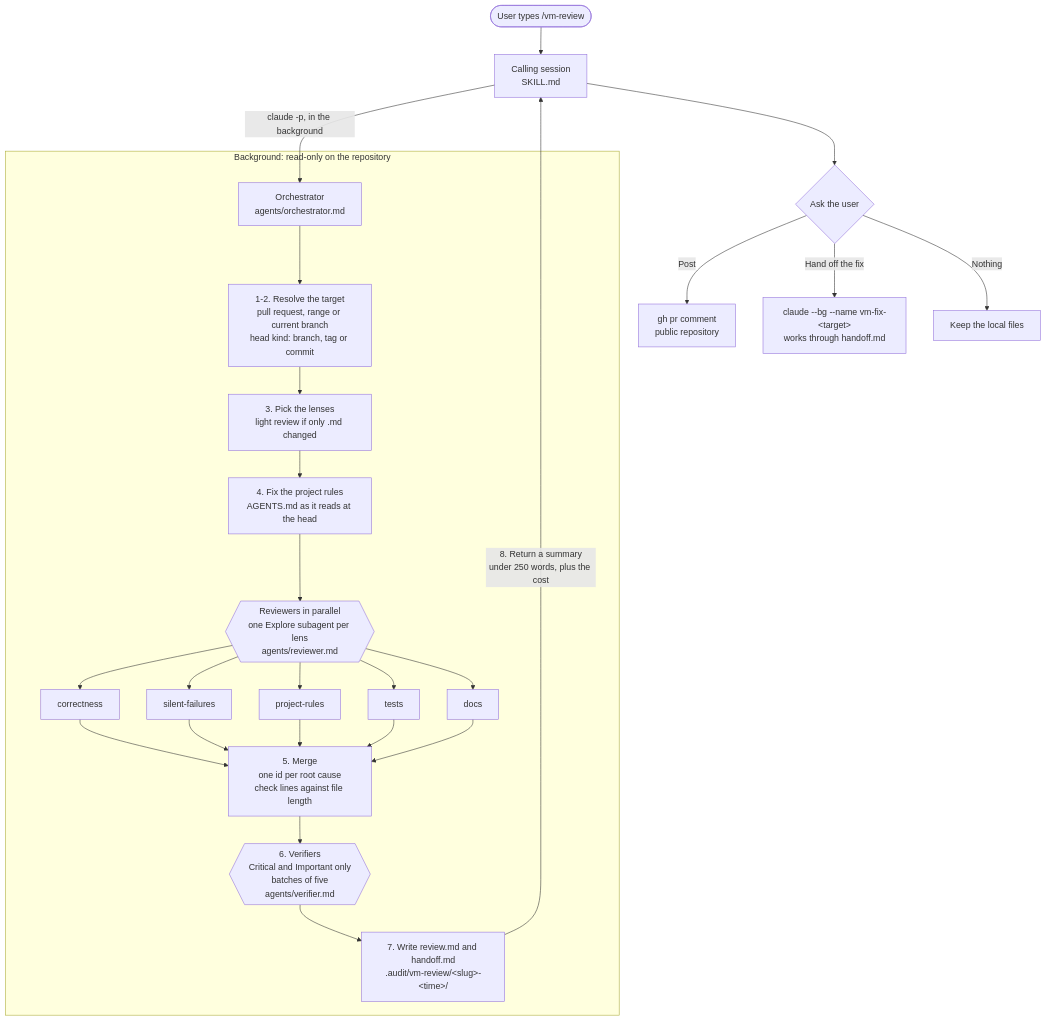
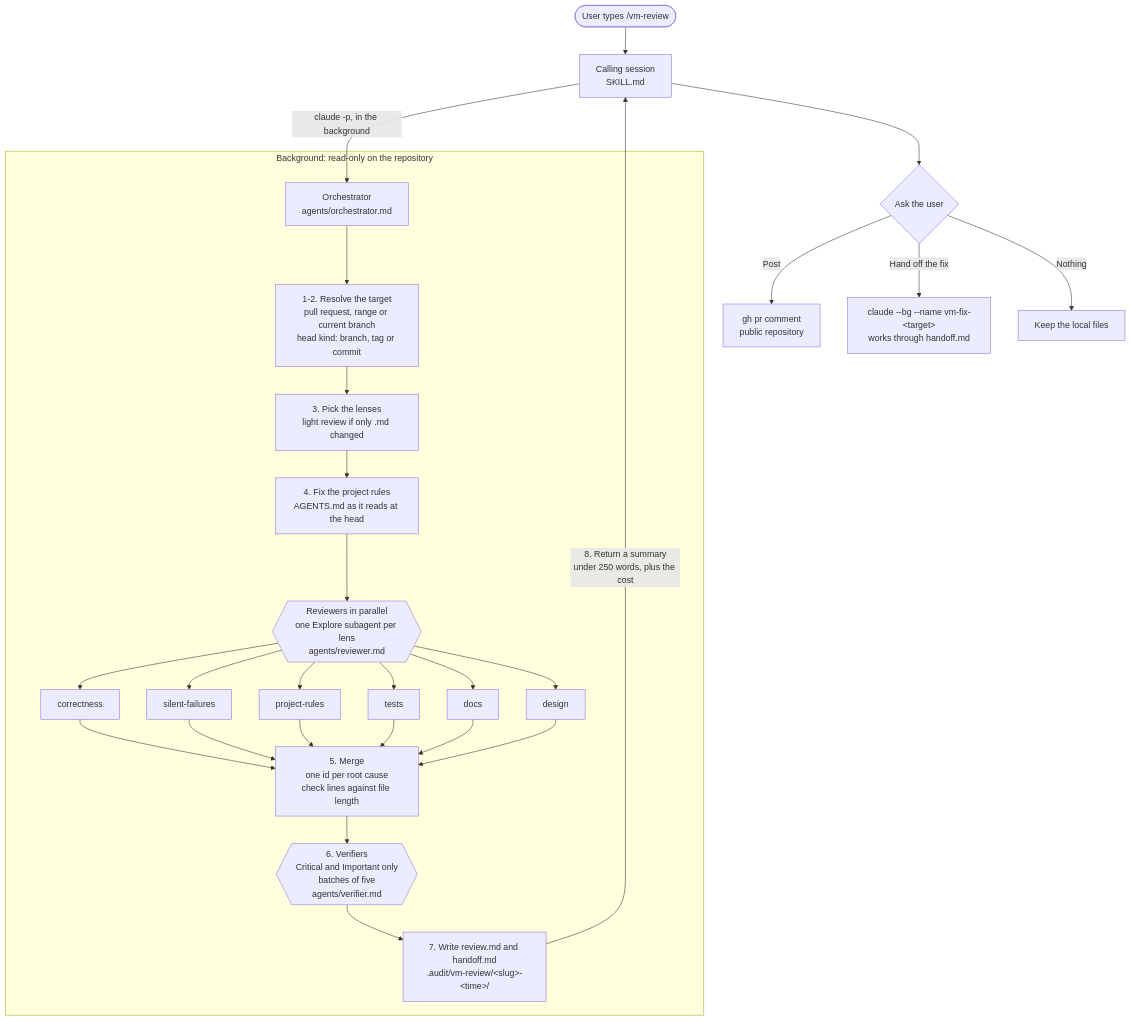
One commit to prubiella/vending-machine-challenge changed the diagram in .claude/skills/vm-review/README.md. Above: the diagram before and after it, drawn with Mermaid. The commit also changed 2 other files, not shown here.

Commit message:
feat(claude): vm-review design lens
It judges where each rule lives and whether fewer pieces would do: a rule held by a coordinator instead of the collaborator that decides it, speculative abstractions, duplication and dead weight. It runs on sonnet when a change touches src/ and sends choices between reasonable designs to Decisions.

````diff
--- a/.claude/skills/vm-review/README.md
+++ b/.claude/skills/vm-review/README.md
@@ -13,26 +13,27 @@
 ```mermaid
 flowchart TD
     U([User types /vm-review]) --> S[Calling session<br/>SKILL.md]
     S -->|claude -p, in the background| O[Orchestrator<br/>agents/orchestrator.md]
 
     subgraph BG [Background: read-only on the repository]
         O --> T[1-2. Resolve the target<br/>pull request, range or current branch<br/>head kind: branch, tag or commit]
         T --> L[3. Pick the lenses<br/>light review if only .md changed]
         L --> R0[4. Fix the project rules<br/>AGENTS.md as it reads at the head]
         R0 --> P{{Reviewers in parallel<br/>one Explore subagent per lens<br/>agents/reviewer.md}}
         P --> C1[correctness]
         P --> C2[silent-failures]
         P --> C3[project-rules]
         P --> C4[tests]
+        P --> C6[design]
         P --> C5[docs]
-        C1 & C2 & C3 & C4 & C5 --> M[5. Merge<br/>one id per root cause<br/>check lines against file length]
+        C1 & C2 & C3 & C4 & C5 & C6 --> M[5. Merge<br/>one id per root cause<br/>check lines against file length]
         M --> V{{6. Verifiers<br/>Critical and Important only<br/>batches of five<br/>agents/verifier.md}}
         V --> W[7. Write review.md and handoff.md<br/>.audit/vm-review/&lt;slug&gt;-&lt;time&gt;/]
     end
 
     W -->|8. Return a summary<br/>under 250 words, plus the cost| S
     S --> Q{Ask the user}
     Q -->|Post| G[gh pr comment<br/>public repository]
     Q -->|Hand off the fix| F[claude --bg --name vm-fix-&lt;target&gt;<br/>works through handoff.md]
     Q -->|Nothing| N[Keep the local files]
 ```
````
